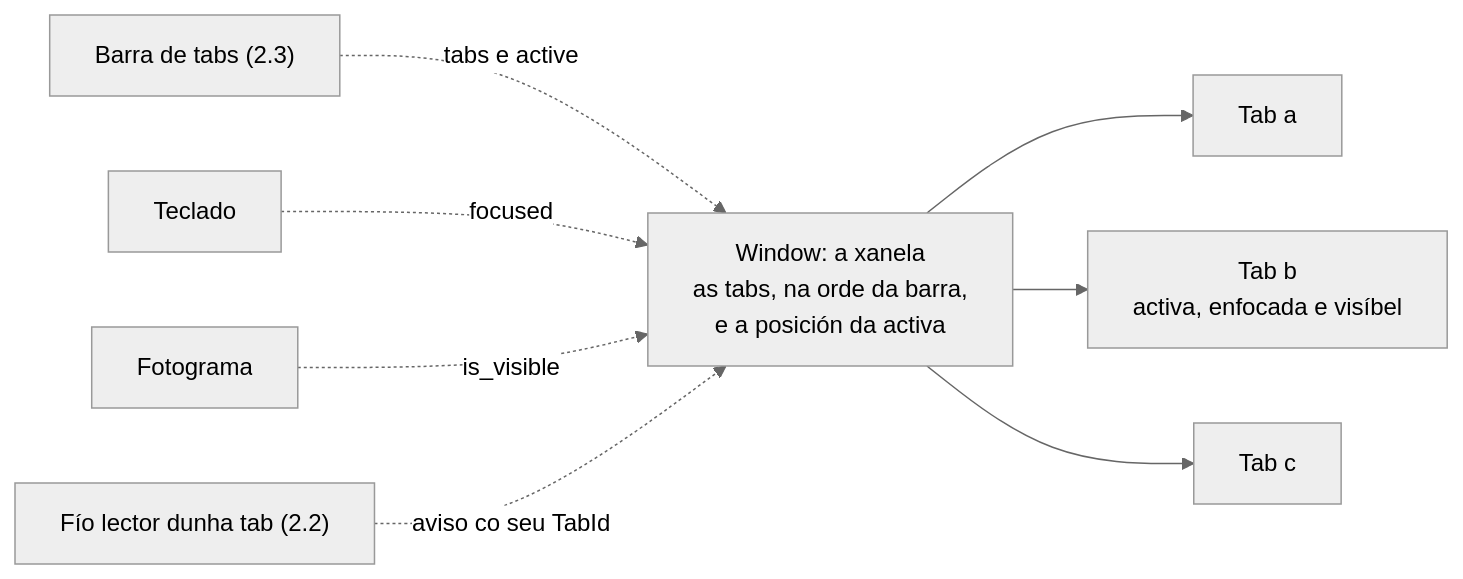
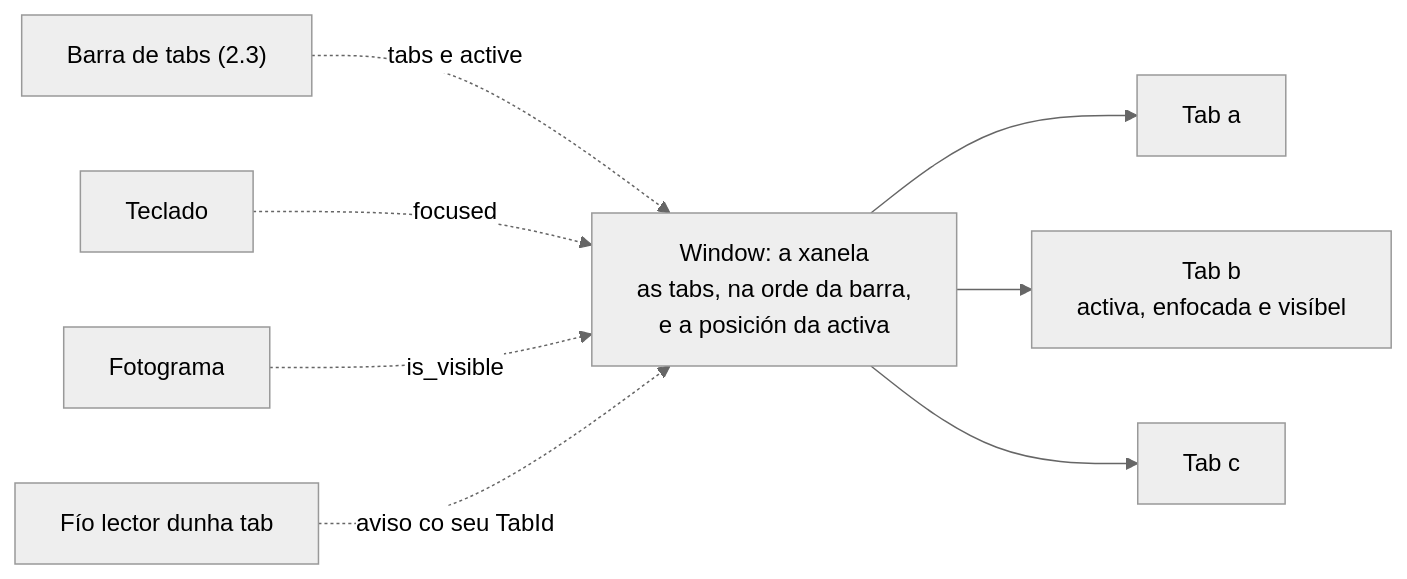
Diagram 11 of 15 in docs/arquitectura.md (NewHouses/meiga), drawn with Mermaid (neutral theme) before and after one commit. The commit also changed other lines of this file and 33 other files, not shown here.

````diff
--- a/docs/arquitectura.md
+++ b/docs/arquitectura.md
@@ -305,10 +305,10 @@
 ```mermaid
 flowchart LR
     win["Window: a xanela<br/>as tabs, na orde da barra,<br/>e a posición da activa"] --> a["Tab a"]
     win --> b["Tab b<br/>activa, enfocada e visíbel"]
     win --> c["Tab c"]
     bar["Barra de tabs (2.3)"] -. "tabs e active" .-> win
     keys["Teclado"] -. "focused" .-> win
     frame["Fotograma"] -. "is_visible" .-> win
-    reader["Fío lector dunha tab (2.2)"] -. "aviso co seu TabId" .-> win
+    reader["Fío lector dunha tab"] -. "aviso co seu TabId" .-> win
 ```
````
